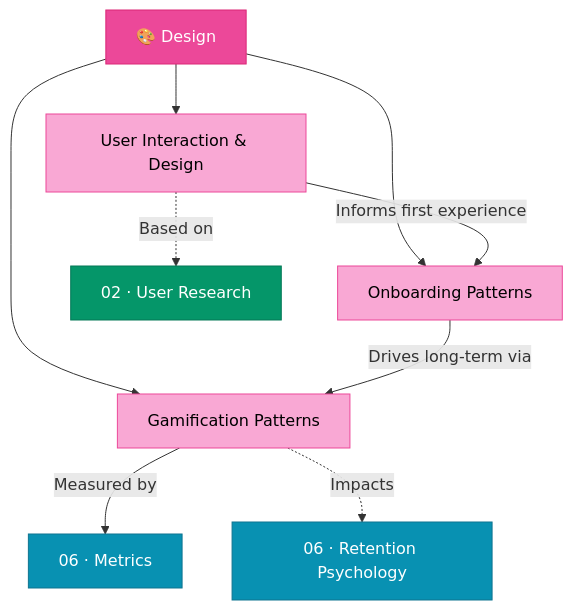
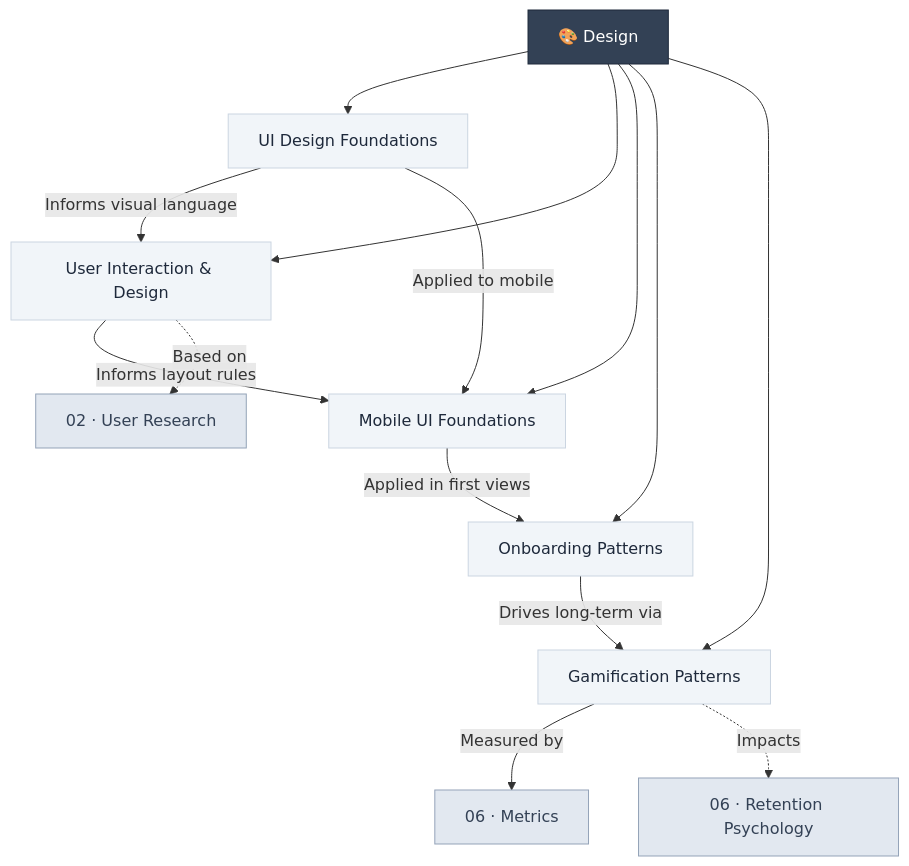
The diagram in wiki/05-design/index.md (DimKouts84/product_management_development_wiki), drawn with Mermaid before and after one commit. The commit also changed other lines of this file and 11 other files, not shown here.

Commit message:
feat: add strategy and design modules including ASO, launch checklists, and UI foundations to wiki

````diff
--- a/wiki/05-design/index.md
+++ b/wiki/05-design/index.md
@@ -11,21 +11,28 @@
 ```mermaid
 graph TD
-    DES["🎨 Design"] --> UID["User Interaction & Design"]
+    DES["🎨 Design"] --> UIDF["UI Design Foundations"]
+    DES --> UID["User Interaction & Design"]
+    DES --> MUI["Mobile UI Foundations"]
     DES --> OB["Onboarding Patterns"]
     DES --> GP["Gamification Patterns"]
 
-    UID -->|"Informs first experience"| OB
+    UIDF -->|"Informs visual language"| UID
+    UIDF -->|"Applied to mobile"| MUI
+    UID -->|"Informs layout rules"| MUI
+    MUI -->|"Applied in first views"| OB
     OB -->|"Drives long-term via"| GP
     GP -->|"Measured by"| MET["06 · Metrics"]
 
     UID -.->|"Based on"| DISC["02 · User Research"]
     GP -.->|"Impacts"| RET["06 · Retention Psychology"]
 
-    style DES fill:#ec4899,stroke:#db2777,color:#fff
-    style UID fill:#f9a8d4,stroke:#ec4899,color:#000
-    style OB fill:#f9a8d4,stroke:#ec4899,color:#000
-    style GP fill:#f9a8d4,stroke:#ec4899,color:#000
-    style MET fill:#0891b2,stroke:#0e7490,color:#fff
-    style DISC fill:#059669,stroke:#047857,color:#fff
-    style RET fill:#0891b2,stroke:#0e7490,color:#fff
+    style DES fill:#334155,stroke:#1e293b,color:#fff
+    style UIDF fill:#f1f5f9,stroke:#cbd5e1,color:#1e293b
+    style UID fill:#f1f5f9,stroke:#cbd5e1,color:#1e293b
+    style MUI fill:#f1f5f9,stroke:#cbd5e1,color:#1e293b
+    style OB fill:#f1f5f9,stroke:#cbd5e1,color:#1e293b
+    style GP fill:#f1f5f9,stroke:#cbd5e1,color:#1e293b
+    style MET fill:#e2e8f0,stroke:#94a3b8,color:#334155
+    style DISC fill:#e2e8f0,stroke:#94a3b8,color:#334155
+    style RET fill:#e2e8f0,stroke:#94a3b8,color:#334155
 ```
````
